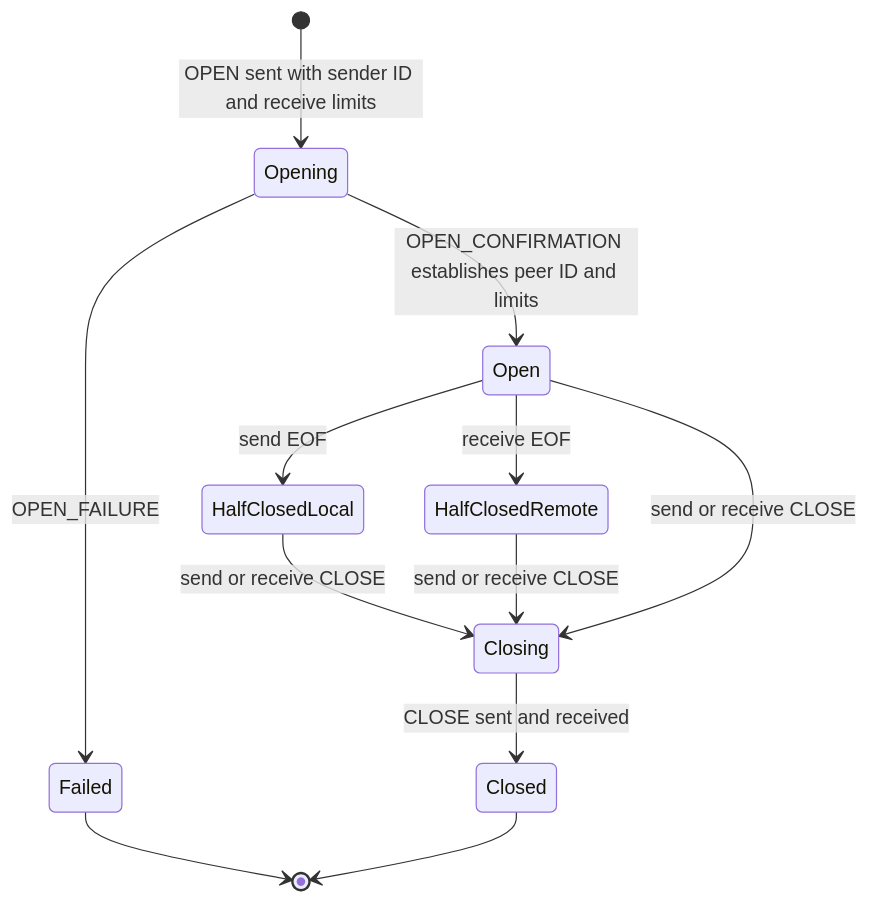
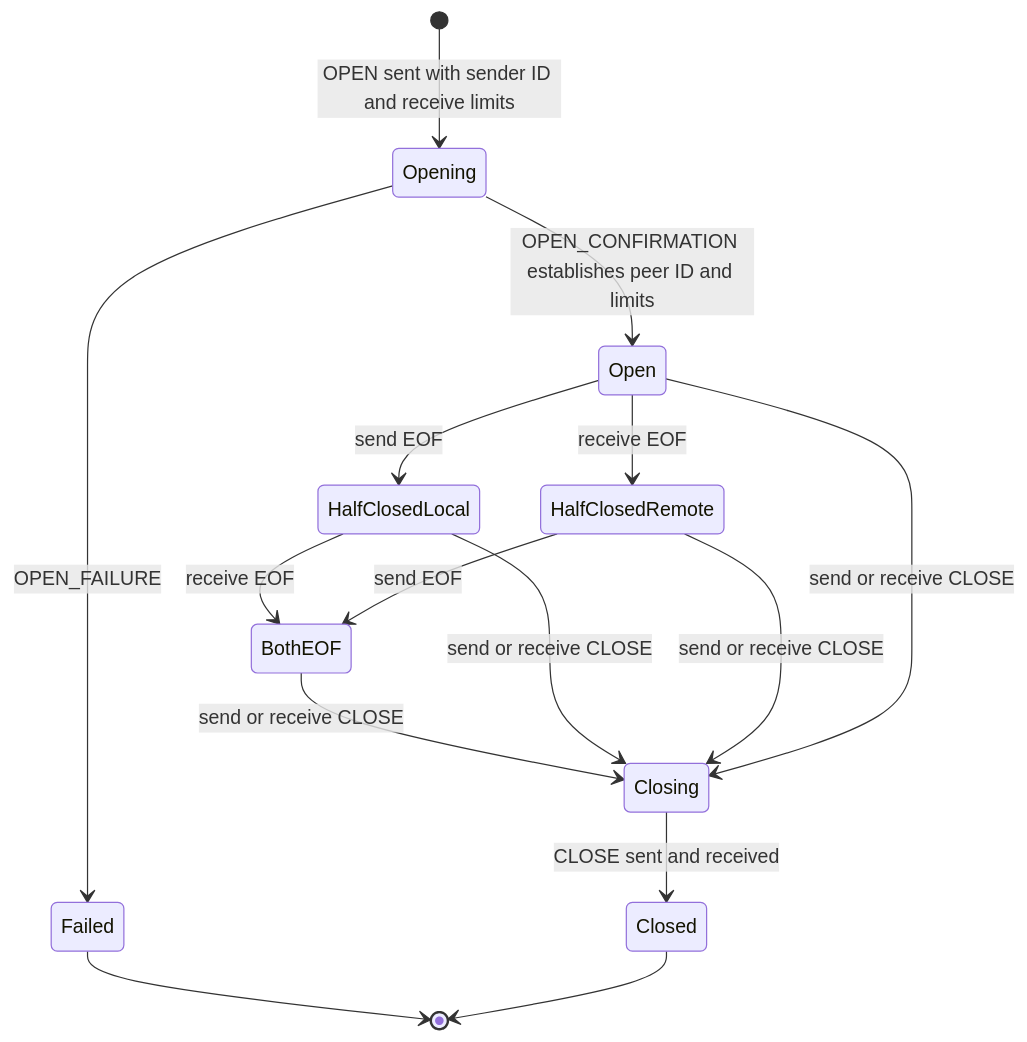
Before and after one commit to fornwall/ssh-protocol: the second of 5 diagrams in src/channels.md, drawn with Mermaid. The commit also changed other lines of this file and 16 other files, not shown here.

````diff
--- a/src/channels.md
+++ b/src/channels.md
@@ -54,14 +63,17 @@
 ```mermaid
 stateDiagram-v2
     [*] --> Opening: OPEN sent with sender ID and receive limits
     Opening --> Open: OPEN_CONFIRMATION establishes peer ID and limits
     Opening --> Failed: OPEN_FAILURE
     Open --> HalfClosedLocal: send EOF
     Open --> HalfClosedRemote: receive EOF
+    HalfClosedLocal --> BothEOF: receive EOF
+    HalfClosedRemote --> BothEOF: send EOF
+    BothEOF --> Closing: send or receive CLOSE
     HalfClosedLocal --> Closing: send or receive CLOSE
     HalfClosedRemote --> Closing: send or receive CLOSE
     Open --> Closing: send or receive CLOSE
     Closing --> Closed: CLOSE sent and received
     Failed --> [*]
     Closed --> [*]
 ```
````
